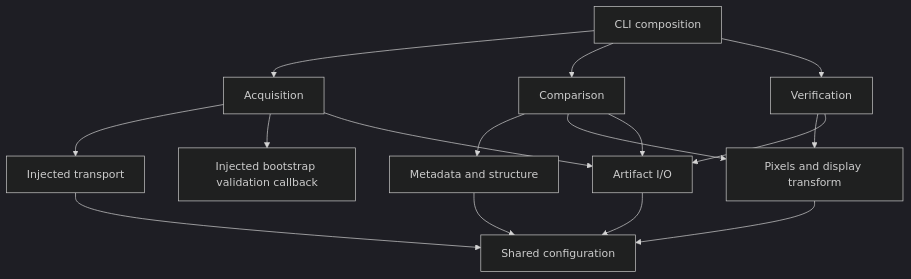
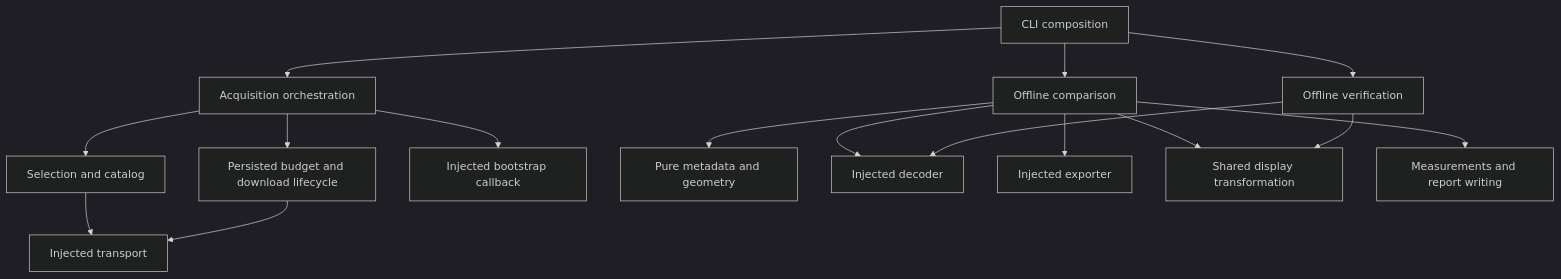
The diagram in REAL_DATA_EXPERIMENT.md (petonlabs/dicom-study-inspector), drawn with Mermaid (dark theme) before and after one commit. The commit also changed other lines of this file and 26 other files, not shown here.

````diff
--- a/REAL_DATA_EXPERIMENT.md
+++ b/REAL_DATA_EXPERIMENT.md
@@ -168,18 +167,18 @@
 ```mermaid
 flowchart TD
-    CLI[CLI composition] --> A[Acquisition]
-    CLI --> C[Comparison]
-    CLI --> V[Verification]
-    A --> T[Injected transport]
-    A --> B[Injected bootstrap validation callback]
-    C --> M[Metadata and structure]
-    C --> P[Pixels and display transform]
+    CLI[CLI composition] --> A[Acquisition orchestration]
+    CLI --> C[Offline comparison]
+    CLI --> V[Offline verification]
+    A --> S[Selection and catalog]
+    A --> B[Persisted budget and download lifecycle]
+    S --> T[Injected transport]
+    B --> T
+    A --> BOOT[Injected bootstrap callback]
+    C --> M[Pure metadata and geometry]
+    C --> D[Injected decoder]
+    C --> E[Injected exporter]
+    V --> D
+    C --> P[Shared display transformation]
     V --> P
-    A --> IO[Artifact I/O]
-    C --> IO
-    V --> IO
-    M --> CFG[Shared configuration]
-    P --> CFG
-    T --> CFG
-    IO --> CFG
+    C --> R[Measurements and report writing]
 ```
````
